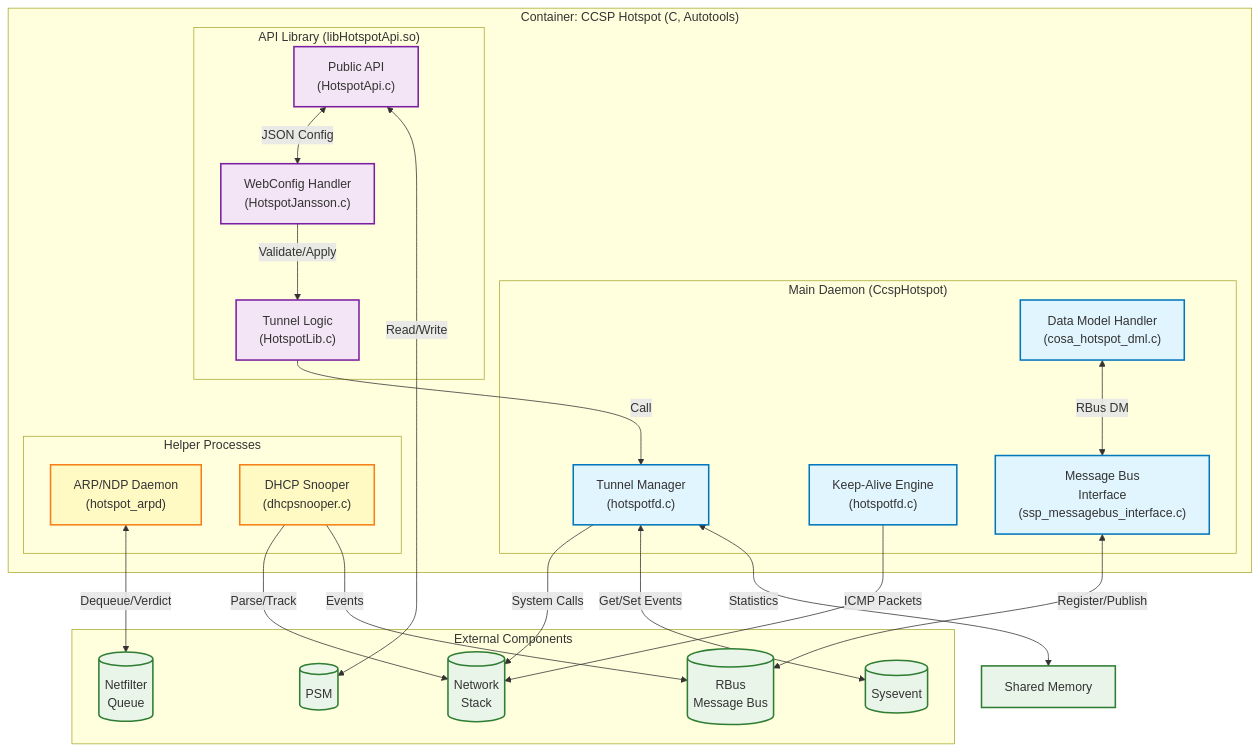
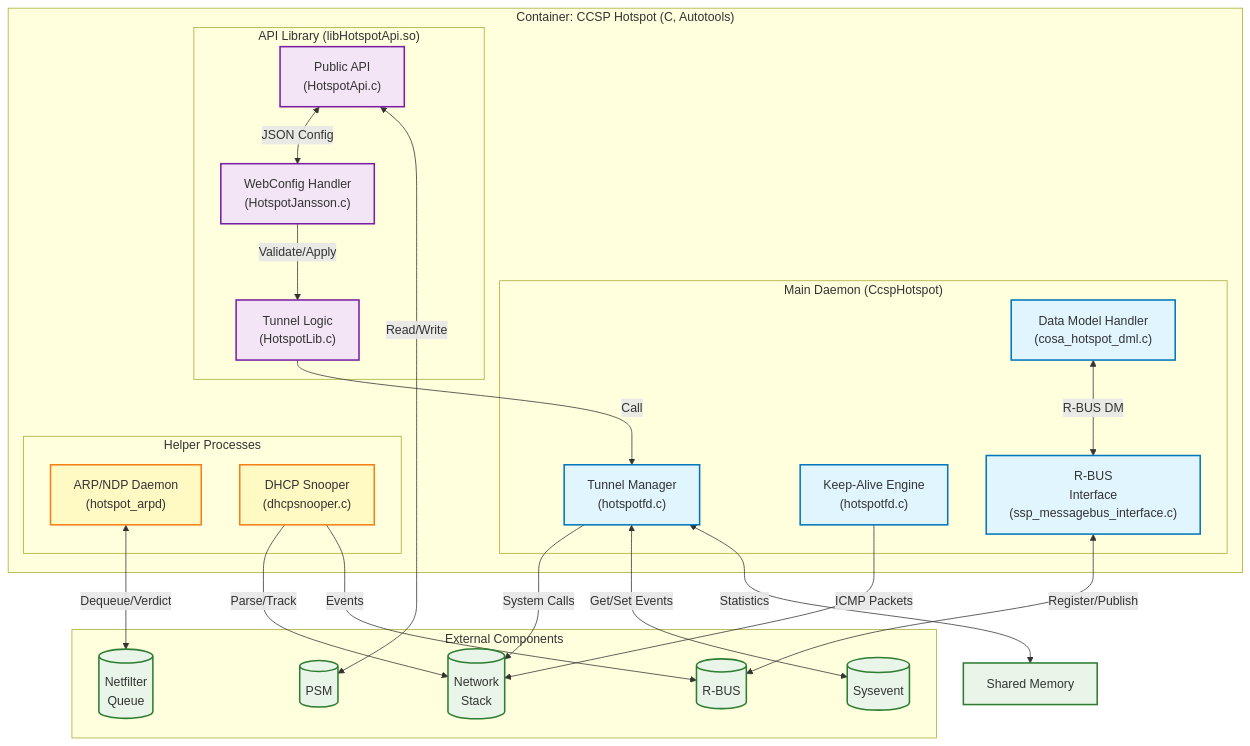
One commit to rdkcentral/hotspot changed the second of 9 diagrams in README.md. Above: the diagram before and after it, drawn with Mermaid. The commit also changed other lines of this file, not shown here.

````diff
--- a/README.md
+++ b/README.md
@@ -87,57 +86,57 @@
 ```mermaid
 graph TD
     subgraph "Container: CCSP Hotspot (C, Autotools)"
         subgraph "Main Daemon (CcspHotspot)"
             DM["Data Model Handler<br/>(cosa_hotspot_dml.c)"]
             TM["Tunnel Manager<br/>(hotspotfd.c)"]
             KA["Keep-Alive Engine<br/>(hotspotfd.c)"]
-            MB["Message Bus<br/>Interface<br/>(ssp_messagebus_interface.c)"]
+            MB["R-BUS<br/>Interface<br/>(ssp_messagebus_interface.c)"]
         end
-        
+
         subgraph "API Library (libHotspotApi.so)"
             API["Public API<br/>(HotspotApi.c)"]
             WC["WebConfig Handler<br/>(HotspotJansson.c)"]
             TL["Tunnel Logic<br/>(HotspotLib.c)"]
         end
-        
+
         subgraph "Helper Processes"
             ARPD["ARP/NDP Daemon<br/>(hotspot_arpd)"]
             DHCP["DHCP Snooper<br/>(dhcpsnooper.c)"]
         end
     end
-    
+
     subgraph "External Components"
-        RBus[("RBus<br/>Message Bus")]
+        RBus[("R-BUS")]
         SysEvt[("Sysevent")]
         PSM[("PSM")]
         NFQ[("Netfilter<br/>Queue")]
         NetSys[("Network<br/>Stack")]
     end
 
-    DM <-->|"RBus DM"| MB
+    DM <-->|"R-BUS DM"| MB
     MB <-->|"Register/Publish"| RBus
     TM -->|"System Calls"| NetSys
     KA -->|"ICMP Packets"| NetSys
-    
+
     API <-->|"JSON Config"| WC
     WC -->|"Validate/Apply"| TL
     TL -->|"Call"| TM
     API <-->|"Read/Write"| PSM
-    
+
     ARPD <-->|"Dequeue/Verdict"| NFQ
     DHCP -->|"Parse/Track"| NetSys
     DHCP -->|"Events"| RBus
-    
+
     TM <-->|"Get/Set Events"| SysEvt
     TM <-->|"Statistics"| SHMEM["Shared Memory"]
 
     classDef daemon fill:#e1f5fe,stroke:#0277bd,stroke-width:2px;
     classDef library fill:#f3e5f5,stroke:#7b1fa2,stroke-width:2px;
     classDef helper fill:#fff9c4,stroke:#f57f17,stroke-width:2px;
     classDef external fill:#e8f5e8,stroke:#2e7d32,stroke-width:2px;
-    
+
     class DM,TM,KA,MB daemon;
     class API,WC,TL library;
     class ARPD,DHCP helper;
     class RBus,SysEvt,PSM,NFQ,NetSys,SHMEM external;
 ```
````
